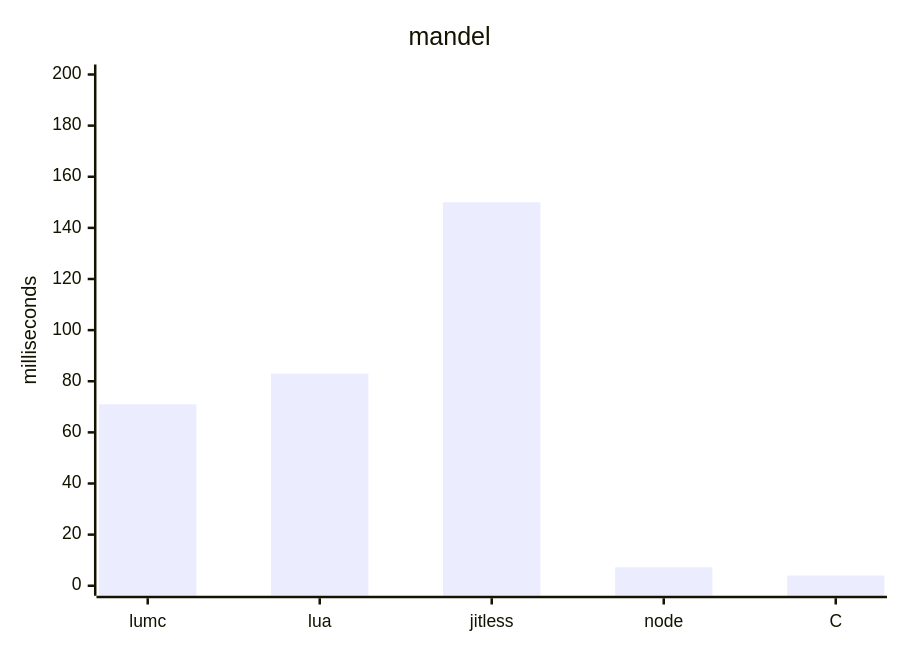
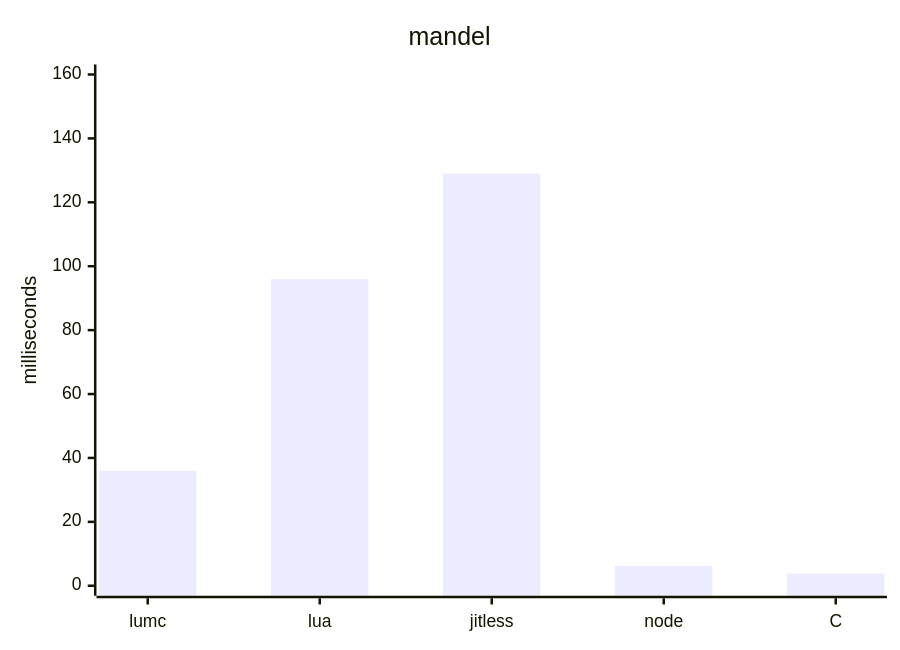
The second of 4 diagrams in external/lumscript/benchmarks/results.md (nem0/LumixEngine), drawn with Mermaid before and after one commit. The commit also changed other lines of this file and 2 other files, not shown here.

````diff
--- a/external/lumscript/benchmarks/results.md
+++ b/external/lumscript/benchmarks/results.md
@@ -69,7 +69,7 @@
 ```mermaid
 xychart-beta
     title "mandel"
     x-axis [lumc, lua, jitless, node, C]
-    y-axis "milliseconds" 0 --> 200
-    bar [71, 83, 150, 7.2, 4.0]
+    y-axis "milliseconds" 0 --> 160
+    bar [36, 96, 129, 6.2, 3.8]
 ```
````
